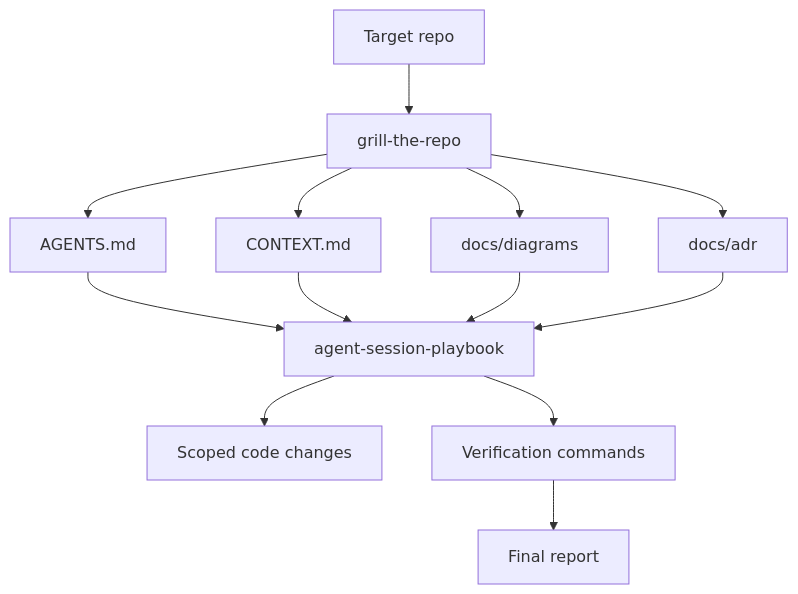
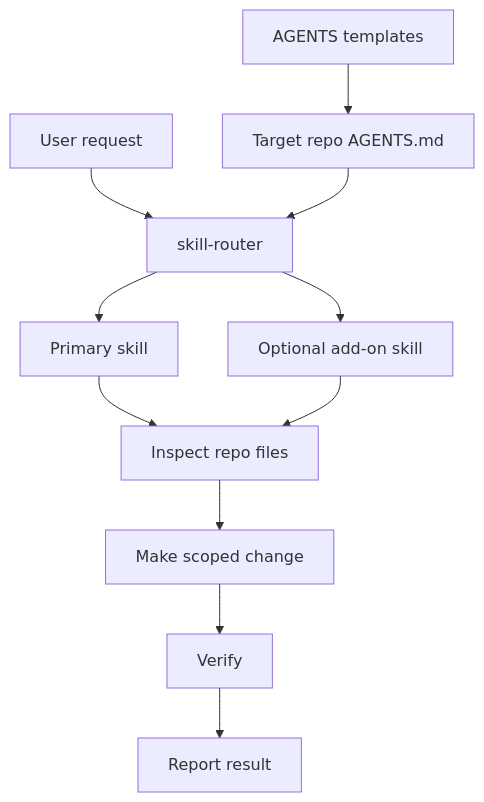
One commit to ek0212/agent-ready-repo-kit changed the diagram in docs/diagrams/agent-ready-repo.mmd. Above: the diagram before and after it, drawn with Mermaid. The commit also changed 41 other files, not shown here.

```diff
--- a/docs/diagrams/agent-ready-repo.mmd
+++ b/docs/diagrams/agent-ready-repo.mmd
@@ -1,15 +1,13 @@
 flowchart TD
-  Repo[Target repo] --> Grill[grill-the-repo]
-  Grill --> Agents[AGENTS.md]
-  Grill --> Context[CONTEXT.md]
-  Grill --> ADR[docs/adr]
-  Grill --> Diagrams[docs/diagrams]
+  Request[User request] --> Router[skill-router]
+  Router --> Primary[Primary skill]
+  Router --> Optional[Optional add-on skill]
 
-  Agents --> Session[agent-session-playbook]
-  Context --> Session
-  Diagrams --> Session
-  ADR --> Session
+  Primary --> Inspect[Inspect repo files]
+  Optional --> Inspect
+  Inspect --> Change[Make scoped change]
+  Change --> Verify[Verify]
+  Verify --> Report[Report result]
 
-  Session --> Code[Scoped code changes]
-  Session --> Verify[Verification commands]
-  Verify --> Report[Final report]
+  Templates[AGENTS templates] --> Target[Target repo AGENTS.md]
+  Target --> Router
```
